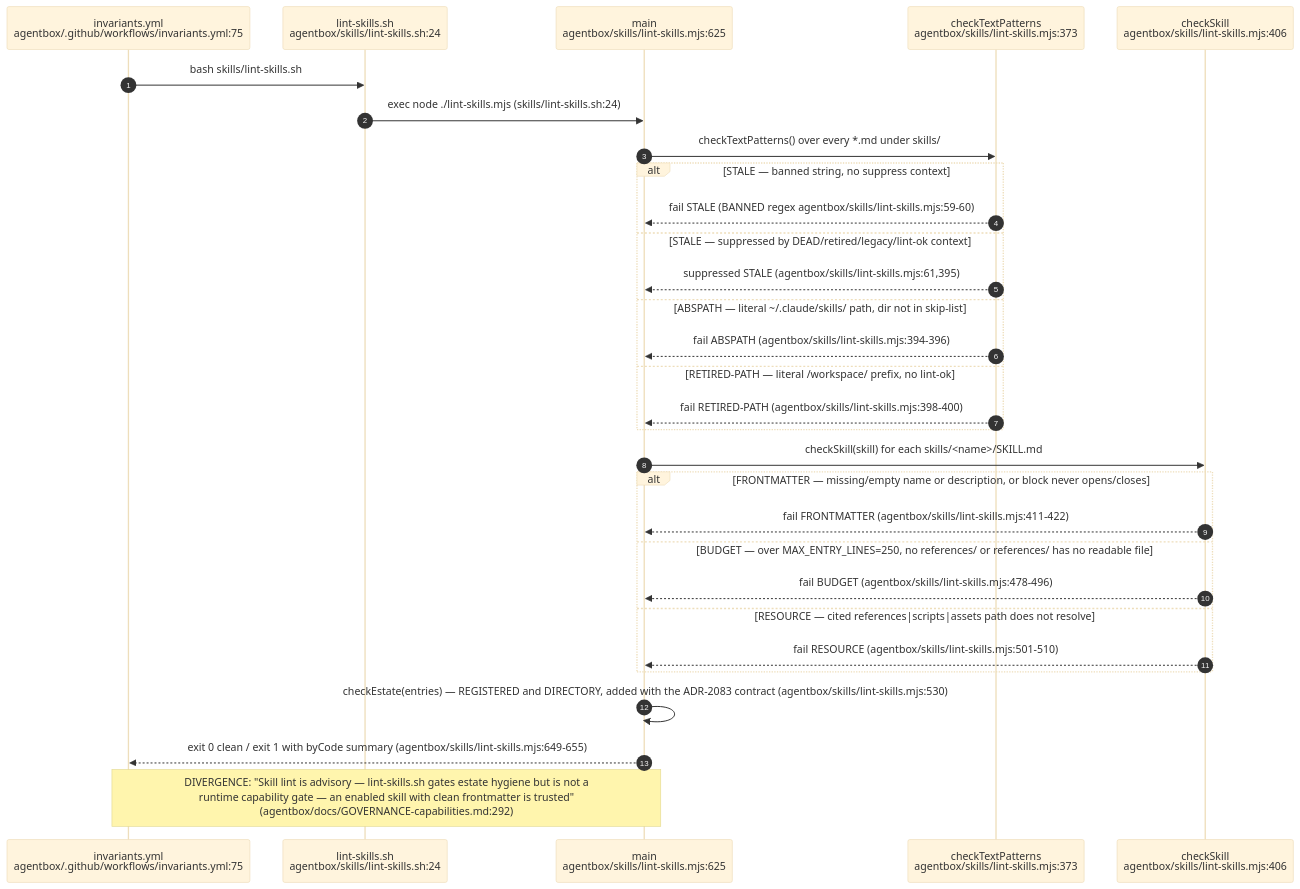
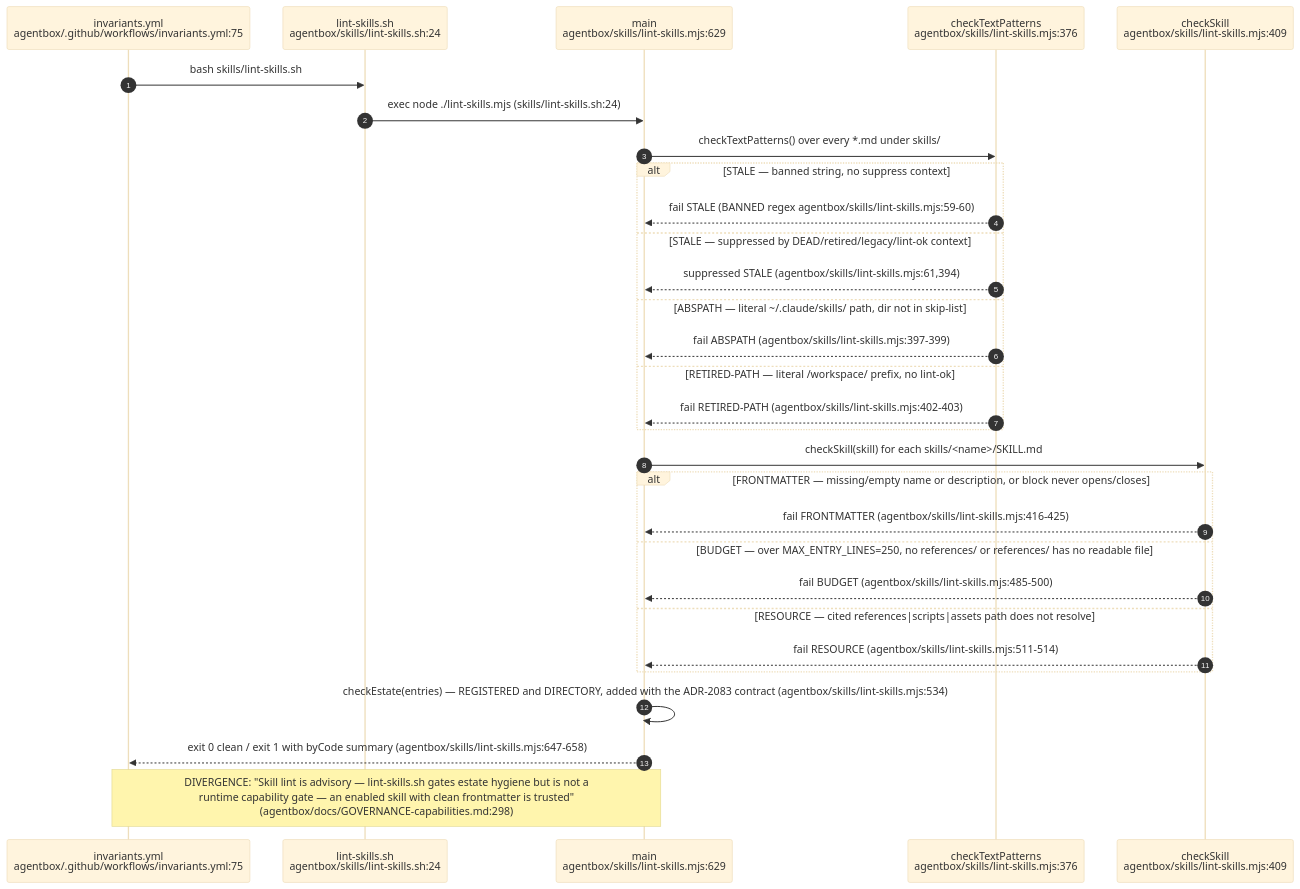
The third of 12 diagrams in docs/diagrams/agentbox/22-skills-and-routing.md (DreamLab-AI/VisionFlow), drawn with Mermaid (base theme) before and after one commit. The commit also changed other lines of this file and 136 other files, not shown here.

First line of the commit message:
docs(diagrams): refresh the whole corpus to code HEAD and prune low-value diagrams

````diff
--- a/docs/diagrams/agentbox/22-skills-and-routing.md
+++ b/docs/diagrams/agentbox/22-skills-and-routing.md
@@ -130,33 +146,33 @@
 ```mermaid
 sequenceDiagram
     autonumber
     participant CI as invariants.yml<br/>agentbox/.github/workflows/invariants.yml:75
     participant SH as lint-skills.sh<br/>agentbox/skills/lint-skills.sh:24
-    participant MJS as main<br/>agentbox/skills/lint-skills.mjs:625
-    participant TXT as checkTextPatterns<br/>agentbox/skills/lint-skills.mjs:373
-    participant SKC as checkSkill<br/>agentbox/skills/lint-skills.mjs:406
+    participant MJS as main<br/>agentbox/skills/lint-skills.mjs:629
+    participant TXT as checkTextPatterns<br/>agentbox/skills/lint-skills.mjs:376
+    participant SKC as checkSkill<br/>agentbox/skills/lint-skills.mjs:409
 
     CI->>SH: bash skills/lint-skills.sh
     SH->>MJS: exec node ./lint-skills.mjs (skills/lint-skills.sh:24)
     MJS->>TXT: checkTextPatterns() over every *.md under skills/
     alt STALE — banned string, no suppress context
         TXT-->>MJS: fail STALE (BANNED regex agentbox/skills/lint-skills.mjs:59-60)
     else STALE — suppressed by DEAD/retired/legacy/lint-ok context
-        TXT-->>MJS: suppressed STALE (agentbox/skills/lint-skills.mjs:61,395)
+        TXT-->>MJS: suppressed STALE (agentbox/skills/lint-skills.mjs:61,394)
     else ABSPATH — literal ~/.claude/skills/ path, dir not in skip-list
-        TXT-->>MJS: fail ABSPATH (agentbox/skills/lint-skills.mjs:394-396)
+        TXT-->>MJS: fail ABSPATH (agentbox/skills/lint-skills.mjs:397-399)
     else RETIRED-PATH — literal /workspace/ prefix, no lint-ok
-        TXT-->>MJS: fail RETIRED-PATH (agentbox/skills/lint-skills.mjs:398-400)
+        TXT-->>MJS: fail RETIRED-PATH (agentbox/skills/lint-skills.mjs:402-403)
     end
     MJS->>SKC: checkSkill(skill) for each skills/<name>/SKILL.md
     alt FRONTMATTER — missing/empty name or description, or block never opens/closes
-        SKC-->>MJS: fail FRONTMATTER (agentbox/skills/lint-skills.mjs:411-422)
+        SKC-->>MJS: fail FRONTMATTER (agentbox/skills/lint-skills.mjs:416-425)
     else BUDGET — over MAX_ENTRY_LINES=250, no references/ or references/ has no readable file
-        SKC-->>MJS: fail BUDGET (agentbox/skills/lint-skills.mjs:478-496)
+        SKC-->>MJS: fail BUDGET (agentbox/skills/lint-skills.mjs:485-500)
     else RESOURCE — cited references|scripts|assets path does not resolve
-        SKC-->>MJS: fail RESOURCE (agentbox/skills/lint-skills.mjs:501-510)
+        SKC-->>MJS: fail RESOURCE (agentbox/skills/lint-skills.mjs:511-514)
     end
-    MJS->>MJS: checkEstate(entries) — REGISTERED and DIRECTORY, added with the ADR-2083 contract (agentbox/skills/lint-skills.mjs:530)
-    MJS-->>CI: exit 0 clean / exit 1 with byCode summary (agentbox/skills/lint-skills.mjs:649-655)
-    Note over MJS,CI: DIVERGENCE: "Skill lint is advisory — lint-skills.sh gates estate hygiene but is not a<br/>runtime capability gate — an enabled skill with clean frontmatter is trusted"<br/>(agentbox/docs/GOVERNANCE-capabilities.md:292)
+    MJS->>MJS: checkEstate(entries) — REGISTERED and DIRECTORY, added with the ADR-2083 contract (agentbox/skills/lint-skills.mjs:534)
+    MJS-->>CI: exit 0 clean / exit 1 with byCode summary (agentbox/skills/lint-skills.mjs:647-658)
+    Note over MJS,CI: DIVERGENCE: "Skill lint is advisory — lint-skills.sh gates estate hygiene but is not a<br/>runtime capability gate — an enabled skill with clean frontmatter is trusted"<br/>(agentbox/docs/GOVERNANCE-capabilities.md:298)
 ```
````
